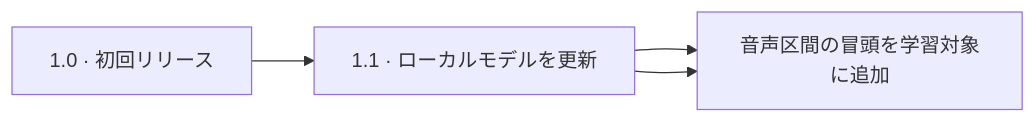
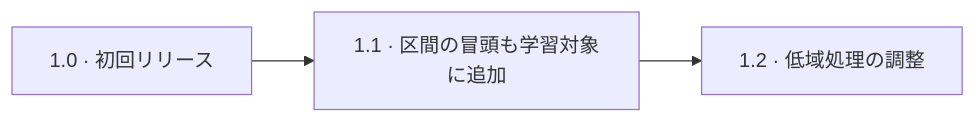
Before and after one commit to coopermone/artifact-sweep: the diagram in README.ja.md, drawn with Mermaid.

Commit message:
Fix the Artifact Sweep 1.2 version diagram

````diff
--- a/README.ja.md
+++ b/README.ja.md
@@ -74,5 +74,4 @@
 ```mermaid
 flowchart LR
-    A["1.0 · 初回リリース"] --> B["1.1 · ローカルモデルを更新"] --> C["1.2 · 低域処理の調整"]
-    B --> C["音声区間の冒頭を学習対象に追加"]
+    V10["1.0 · 初回リリース"] --> V11["1.1 · 区間の冒頭も学習対象に追加"] --> V12["1.2 · 低域処理の調整"]
 ```
````
